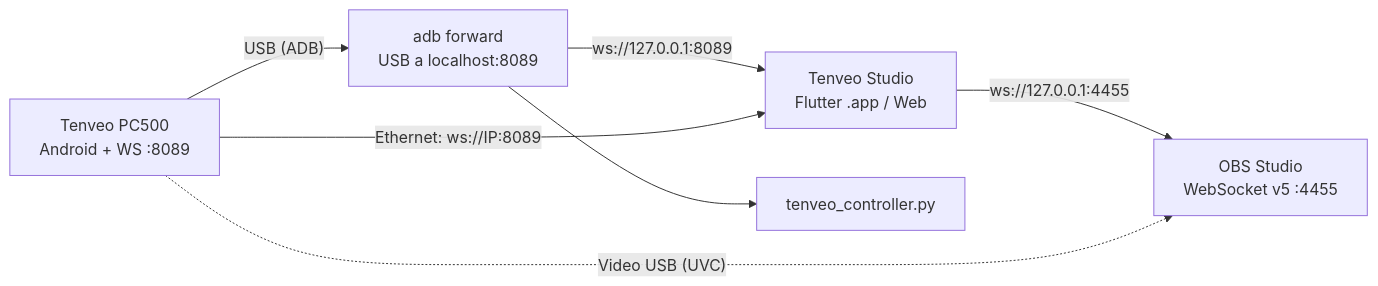
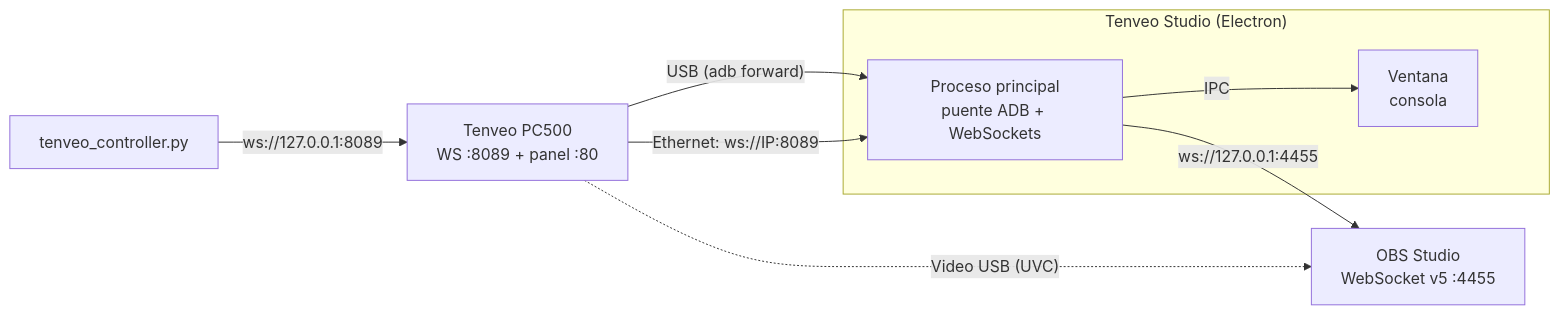
Before and after one commit to ThePunisherBaby/VeController: the diagram in DOCUMENTACION.md, drawn with Mermaid. The commit also changed other lines of this file and 44 other files, not shown here.

First line of the commit message:
Migrar la consola a Electron

````diff
--- a/DOCUMENTACION.md
+++ b/DOCUMENTACION.md
@@ -20,15 +24,17 @@
 ```mermaid
 flowchart LR
-    PC500["Tenveo PC500<br/>Android + WS :8089"]
-    ADB["adb forward<br/>USB a localhost:8089"]
-    APP["Tenveo Studio<br/>Flutter .app / Web"]
+    PC500["Tenveo PC500<br/>WS :8089 + panel :80"]
+    subgraph APP["Tenveo Studio (Electron)"]
+        MAIN["Proceso principal<br/>puente ADB + WebSockets"]
+        UI["Ventana<br/>consola"]
+    end
     OBS["OBS Studio<br/>WebSocket v5 :4455"]
     CLI["tenveo_controller.py"]
 
-    PC500 -- "USB (ADB)" --> ADB
-    ADB -- "ws://127.0.0.1:8089" --> APP
-    PC500 -- "Ethernet: ws://IP:8089" --> APP
-    ADB --> CLI
-    APP -- "ws://127.0.0.1:4455" --> OBS
+    PC500 -- "USB (adb forward)" --> MAIN
+    PC500 -- "Ethernet: ws://IP:8089" --> MAIN
+    MAIN -- "IPC" --> UI
+    MAIN -- "ws://127.0.0.1:4455" --> OBS
+    CLI -- "ws://127.0.0.1:8089" --> PC500
     PC500 -. "Video USB (UVC)" .-> OBS
 ```
````
